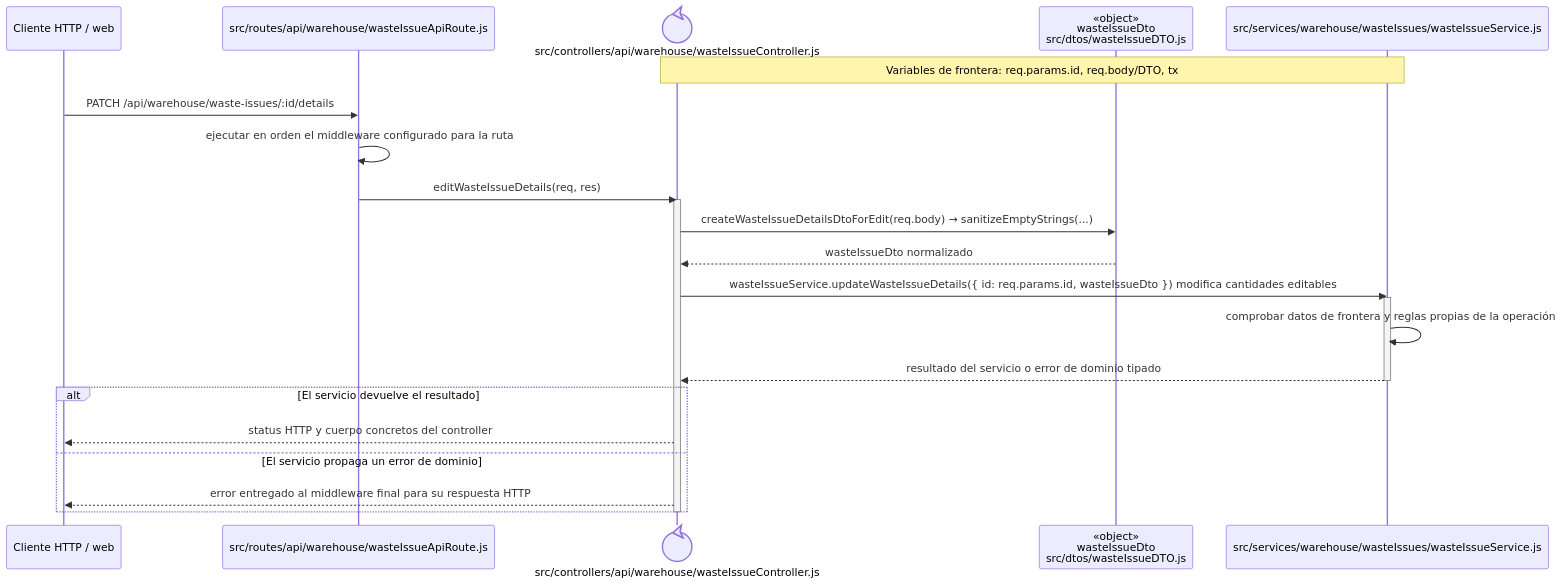
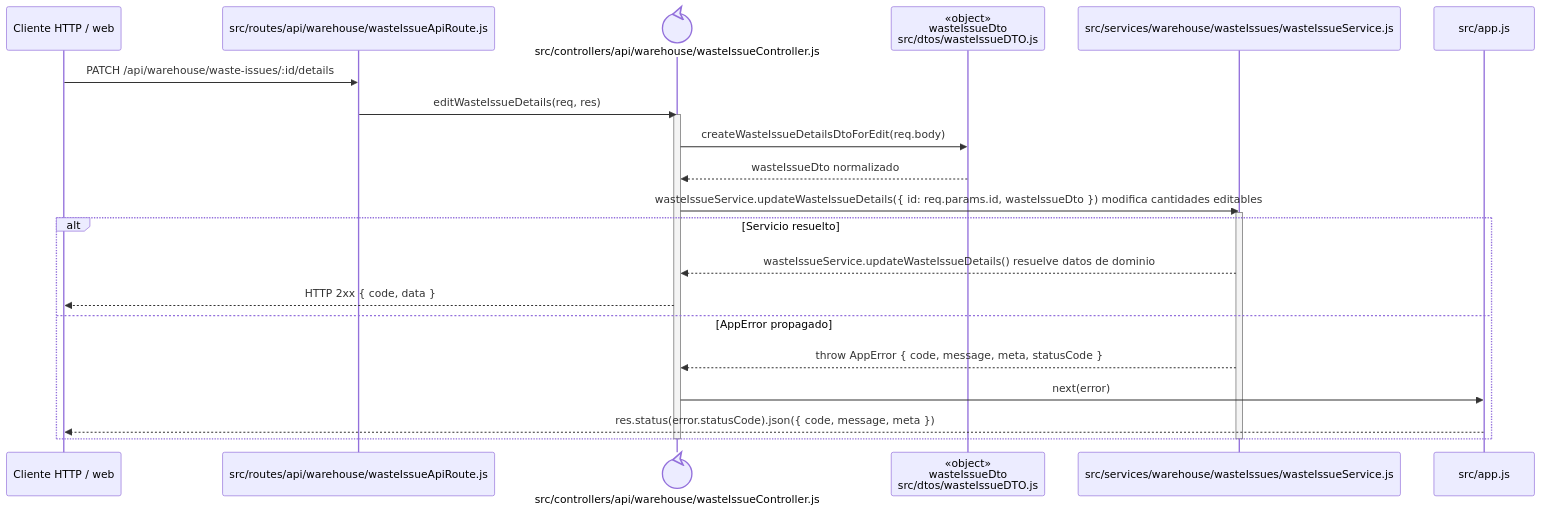
Before and after one commit to gpgsistemas01/nexus: the diagram in docs/architecture/backend-code-sequences/issues/cu-sal-11.md, drawn with Mermaid. The commit also changed 148 other files, not shown here.

````diff
--- a/docs/architecture/backend-code-sequences/issues/cu-sal-11.md
+++ b/docs/architecture/backend-code-sequences/issues/cu-sal-11.md
@@ -6,27 +6,27 @@
 ```mermaid
 sequenceDiagram
     participant Client as Cliente HTTP / web
     participant Route as src/routes/api/warehouse/wasteIssueApiRoute.js
     participant Controller@{ "type": "control" } as src/controllers/api/warehouse/wasteIssueController.js
     participant IssueDto as «object»<br/>wasteIssueDto<br/>src/dtos/wasteIssueDTO.js
     participant Domain as src/services/warehouse/wasteIssues/wasteIssueService.js
-    Note over Controller,Domain: Variables de frontera: req.params.id, req.body/DTO, tx
+    participant ErrorHandler as src/app.js
 
     Client->>Route: PATCH /api/warehouse/waste-issues/:id/details
-    Route->>Route: ejecutar en orden el middleware configurado para la ruta
     Route->>Controller: editWasteIssueDetails(req, res)
     activate Controller
-    Controller->>IssueDto: createWasteIssueDetailsDtoForEdit(req.body) → sanitizeEmptyStrings(...)
+    Controller->>IssueDto: createWasteIssueDetailsDtoForEdit(req.body)
     IssueDto-->>Controller: wasteIssueDto normalizado
     Controller->>Domain: wasteIssueService.updateWasteIssueDetails({ id: req.params.id, wasteIssueDto }) modifica cantidades editables
     activate Domain
-    Domain->>Domain: comprobar datos de frontera y reglas propias de la operación
-    Domain-->>Controller: resultado del servicio o error de dominio tipado
+    alt Servicio resuelto
+        Domain-->>Controller: wasteIssueService.updateWasteIssueDetails() resuelve datos de dominio
+        Controller-->>Client: HTTP 2xx { code, data }
+    else AppError propagado
+        Domain-->>Controller: throw AppError { code, message, meta, statusCode }
+        Controller->>ErrorHandler: next(error)
+        ErrorHandler-->>Client: res.status(error.statusCode).json({ code, message, meta })
+    end
     deactivate Domain
-    alt El servicio devuelve el resultado
-        Controller-->>Client: status HTTP y cuerpo concretos del controller
-    else El servicio propaga un error de dominio
-        Controller-->>Client: error entregado al middleware final para su respuesta HTTP
-    end
     deactivate Controller
 ```
````
